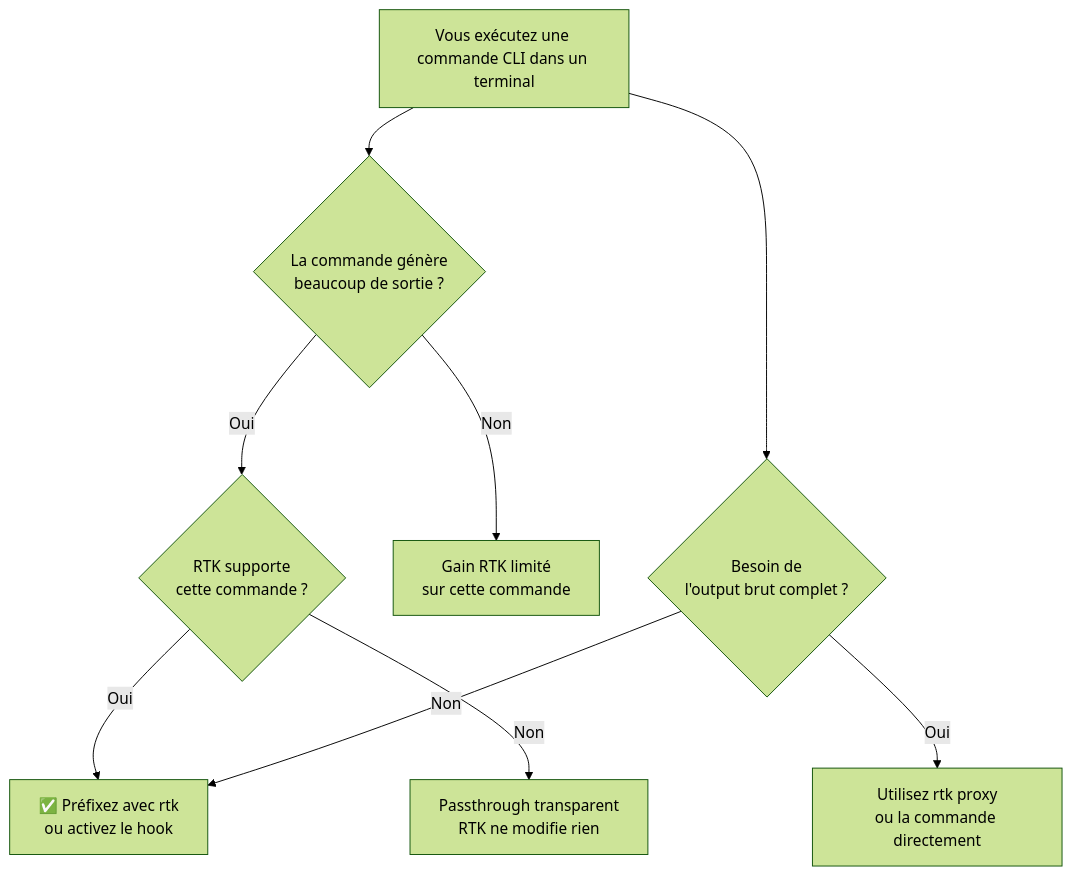
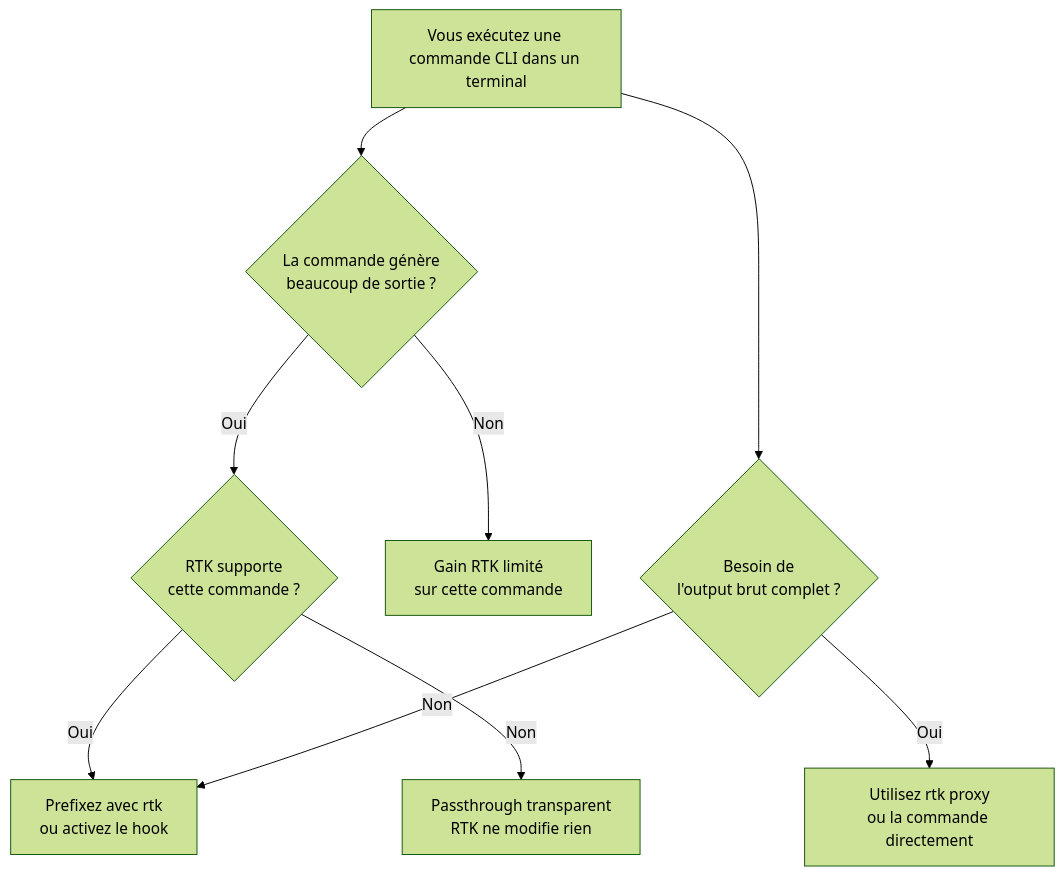
Before and after one commit to FTurleque/doc-utilisation-ia: the diagram in docs/chapitre-13-outils-economies/rtk.md, drawn with Mermaid (forest theme). The commit also changed other lines of this file, not shown here.

Commit message:
feat: Update RTK documentation with new tips and warnings for Copilot integration (#28)

````diff
--- a/docs/chapitre-13-outils-economies/rtk.md
+++ b/docs/chapitre-13-outils-economies/rtk.md
@@ -346,11 +373,11 @@
 ```mermaid
 flowchart TD
     A[Vous exécutez une commande CLI dans un terminal] --> B{La commande génère\nbeaucoup de sortie ?}
     B -- Oui --> C{RTK supporte\ncette commande ?}
-    C -- Oui --> D[✅ Préfixez avec rtk\nou activez le hook]
+    C -- Oui --> D[Prefixez avec rtk\nou activez le hook]
     C -- Non --> E[Passthrough transparent\nRTK ne modifie rien]
     B -- Non --> F[Gain RTK limité\nsur cette commande]
     A --> G{Besoin de\nl'output brut complet ?}
     G -- Oui --> H[Utilisez rtk proxy\nou la commande directement]
     G -- Non --> D
 ```
````
